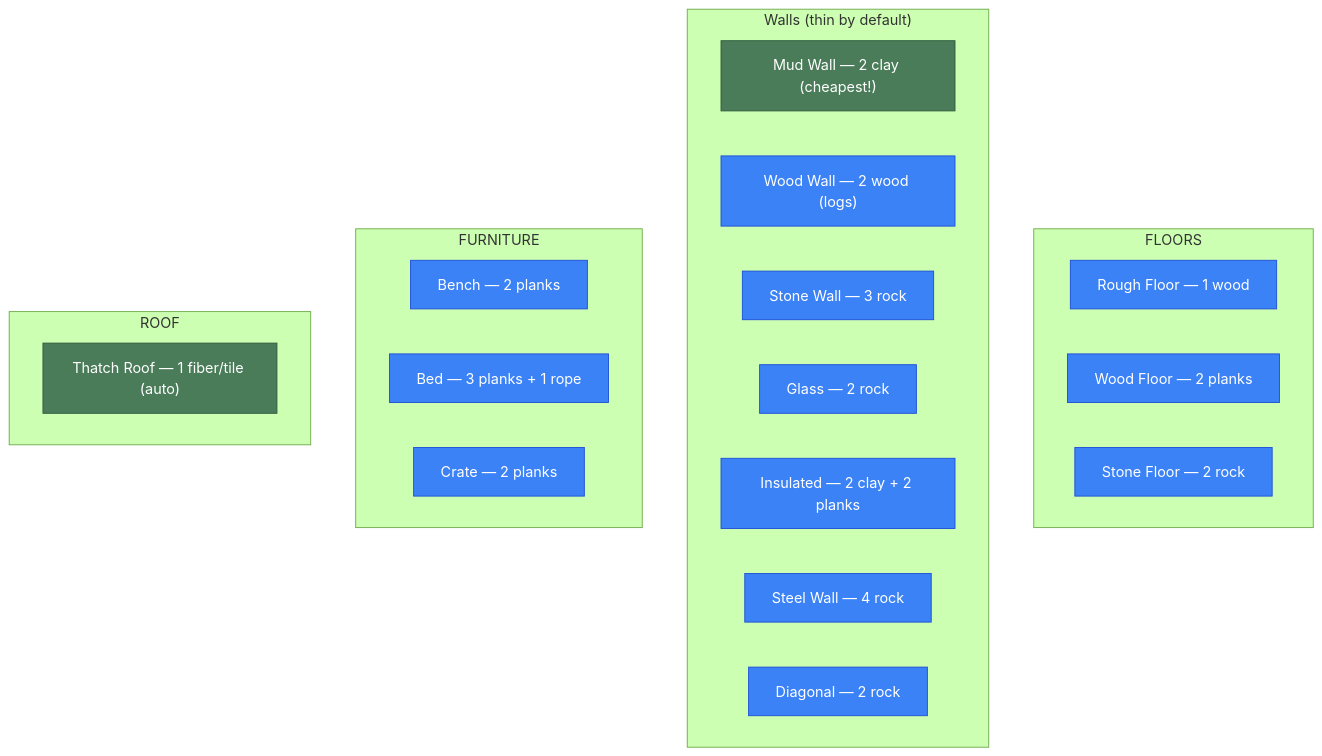
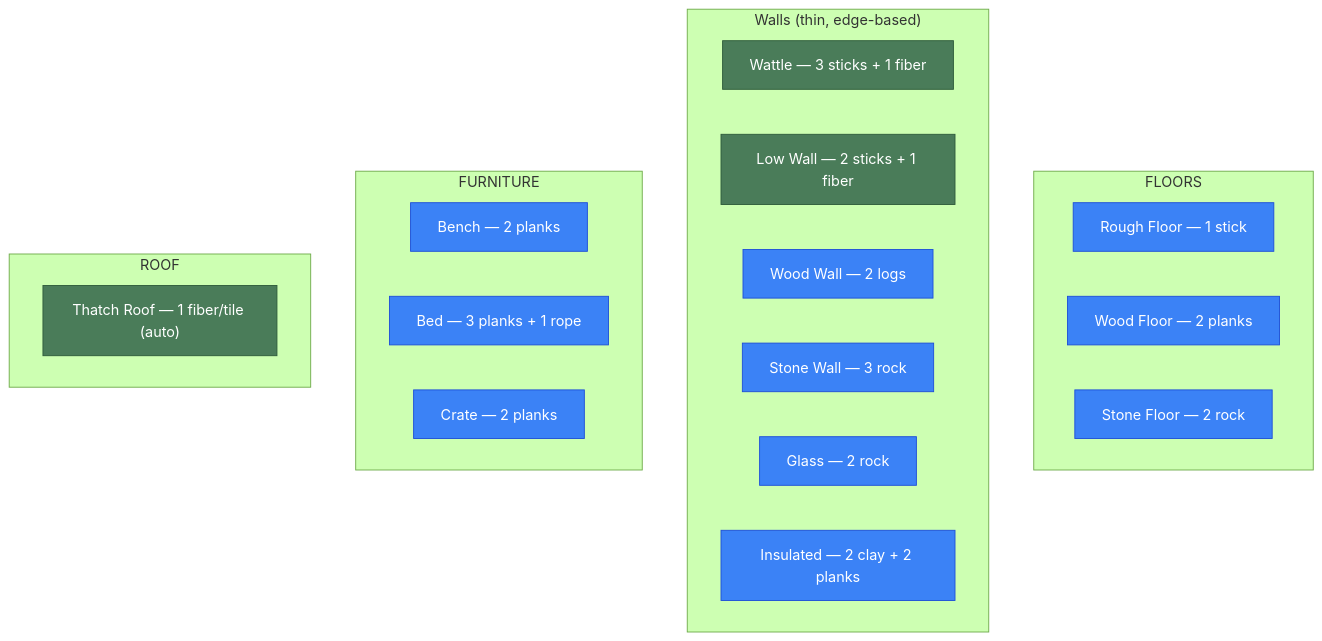
The seventh of 8 diagrams in docs/crafting-tree.md (spiffistan/spacewestern), drawn with Mermaid (forest theme) before and after one commit. The commit also changed other lines of this file and 12 other files, not shown here.

````diff
--- a/docs/crafting-tree.md
+++ b/docs/crafting-tree.md
@@ -107,30 +193,29 @@
 ```mermaid
 graph TD
     subgraph FLOORS
-        RF["Rough Floor — 1 wood"]
+        RF["Rough Floor — 1 stick"]
         WF["Wood Floor — 2 planks"]
         SF["Stone Floor — 2 rock"]
     end
-    subgraph WALLS["Walls (thin by default)"]
-        MW["Mud Wall — 2 clay (cheapest!)"]
-        WW["Wood Wall — 2 wood (logs)"]
+    subgraph WALLS["Walls (thin, edge-based)"]
+        WA["Wattle — 3 sticks + 1 fiber"]
+        LW["Low Wall — 2 sticks + 1 fiber"]
+        WW["Wood Wall — 2 logs"]
         SW["Stone Wall — 3 rock"]
         GW["Glass — 2 rock"]
         IW["Insulated — 2 clay + 2 planks"]
-        STW["Steel Wall — 4 rock"]
-        DW["Diagonal — 2 rock"]
     end
     subgraph FURNITURE
         BN["Bench — 2 planks"]
         BD["Bed — 3 planks + 1 rope"]
         CR["Crate — 2 planks"]
     end
     subgraph ROOF
         TH["Thatch Roof — 1 fiber/tile (auto)"]
     end
 
     classDef item fill:#3b82f6,stroke:#1d4ed8,color:#fff
     classDef cheap fill:#4a7c59,stroke:#2d5a3a,color:#fff
-    class RF,WF,SF,WW,SW,GW,IW,STW,DW,BN,BD,CR item
-    class MW,TH cheap
+    class RF,WF,SF,WW,SW,GW,IW,BN,BD,CR item
+    class WA,LW,TH cheap
 ```
````
